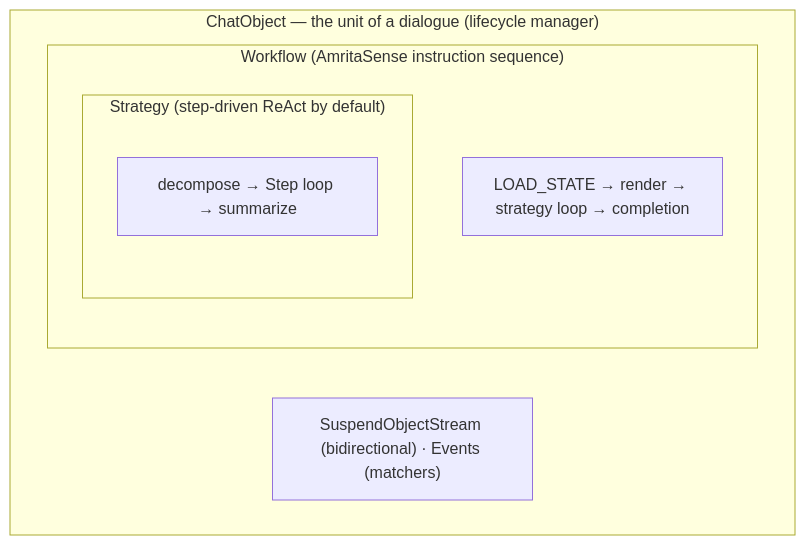
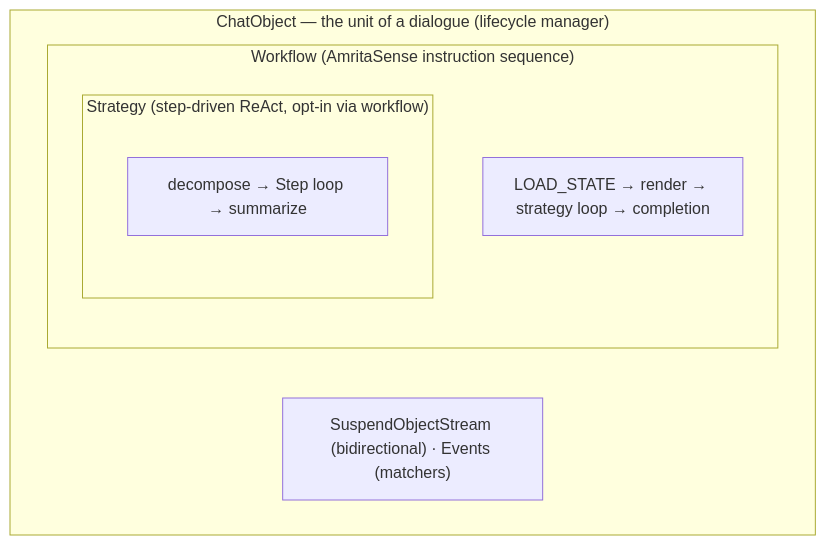
Before and after one commit to AmritaBot/AmritaCore: the diagram in docs/docs/guide/concepts/index.md, drawn with Mermaid. The commit also changed other lines of this file and 71 other files, not shown here.

````diff
--- a/docs/docs/guide/concepts/index.md
+++ b/docs/docs/guide/concepts/index.md
@@ -9,12 +9,12 @@
 ```mermaid
 flowchart TB
     subgraph c1["ChatObject — the unit of a dialogue (lifecycle manager)"]
         subgraph c2["Workflow (AmritaSense instruction sequence)"]
-            subgraph c3["Strategy (step-driven ReAct by default)"]
+            subgraph c3["Strategy (step-driven ReAct, opt-in via workflow)"]
                 s1["decompose → Step loop → summarize"]
             end
             w1["LOAD_STATE → render → strategy loop → completion"]
         end
         o1["SuspendObjectStream (bidirectional) · Events (matchers)"]
     end
 ```
````
